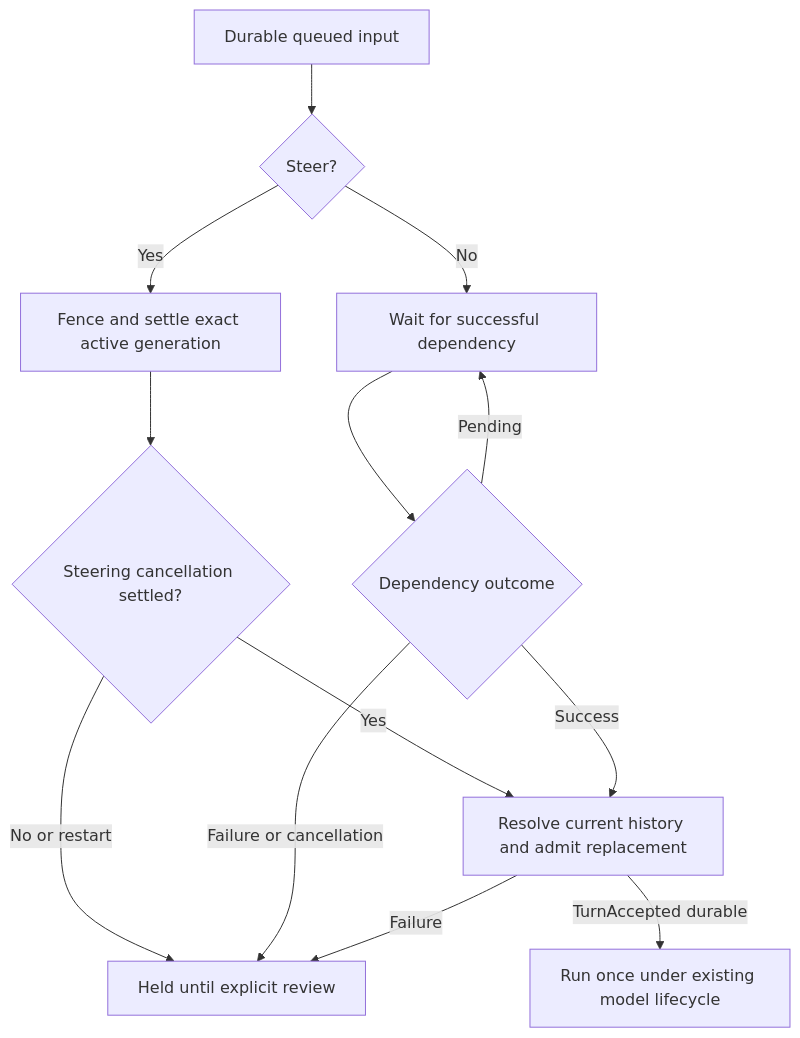
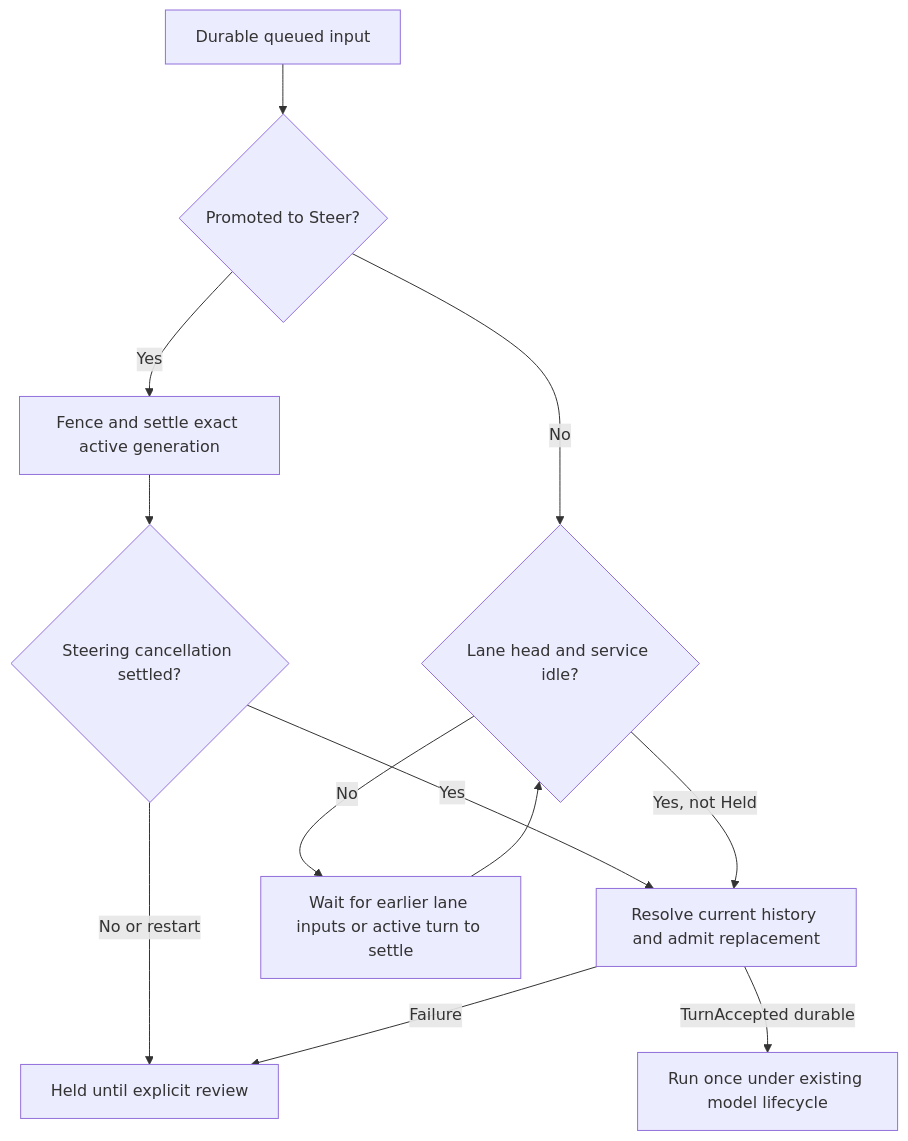
The seventh of 11 diagrams in docs/designs/conversation-admission.md (pidster/asura), drawn with Mermaid before and after one commit. The commit also changed other lines of this file and 107 other files, not shown here.

````diff
--- a/docs/designs/conversation-admission.md
+++ b/docs/designs/conversation-admission.md
@@ -1002,15 +998,14 @@
 ```mermaid
 flowchart TD
-    Ack["Durable queued input"] --> Kind{"Steer?"}
+    Ack["Durable queued input"] --> Kind{"Promoted to Steer?"}
     Kind -->|Yes| Cancel["Fence and settle exact active generation"]
-    Kind -->|No| Wait["Wait for successful dependency"]
+    Kind -->|No| Head{"Lane head and service idle?"}
     Cancel --> Settled{"Steering cancellation settled?"}
     Settled -->|Yes| Prepare["Resolve current history and admit replacement"]
     Settled -->|"No or restart"| Held["Held until explicit review"]
-    Wait --> Outcome{"Dependency outcome"}
-    Outcome -->|Success| Prepare
-    Outcome -->|"Failure or cancellation"| Held
-    Outcome -->|Pending| Wait
+    Head -->|No| WaitHead["Wait for earlier lane inputs or active turn to settle"]
+    WaitHead --> Head
+    Head -->|"Yes, not Held"| Prepare
     Prepare -->|Failure| Held
     Prepare -->|"TurnAccepted durable"| Run["Run once under existing model lifecycle"]
 ```
````
